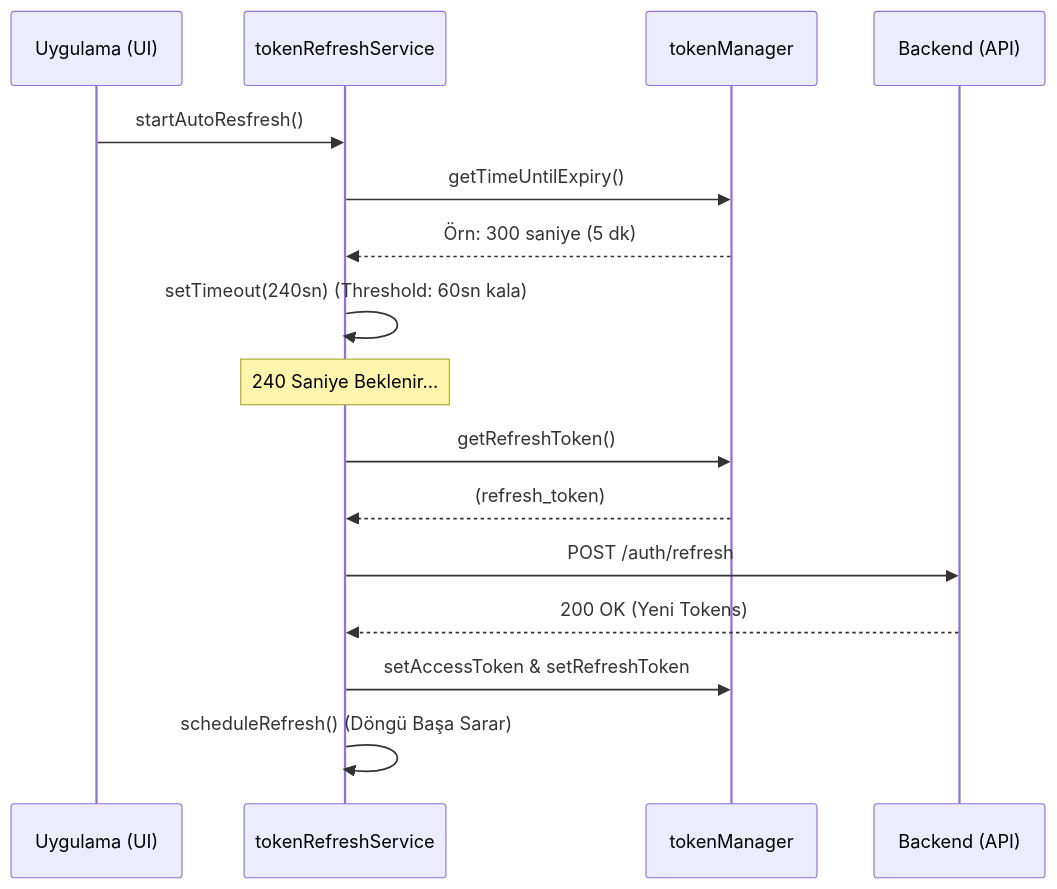
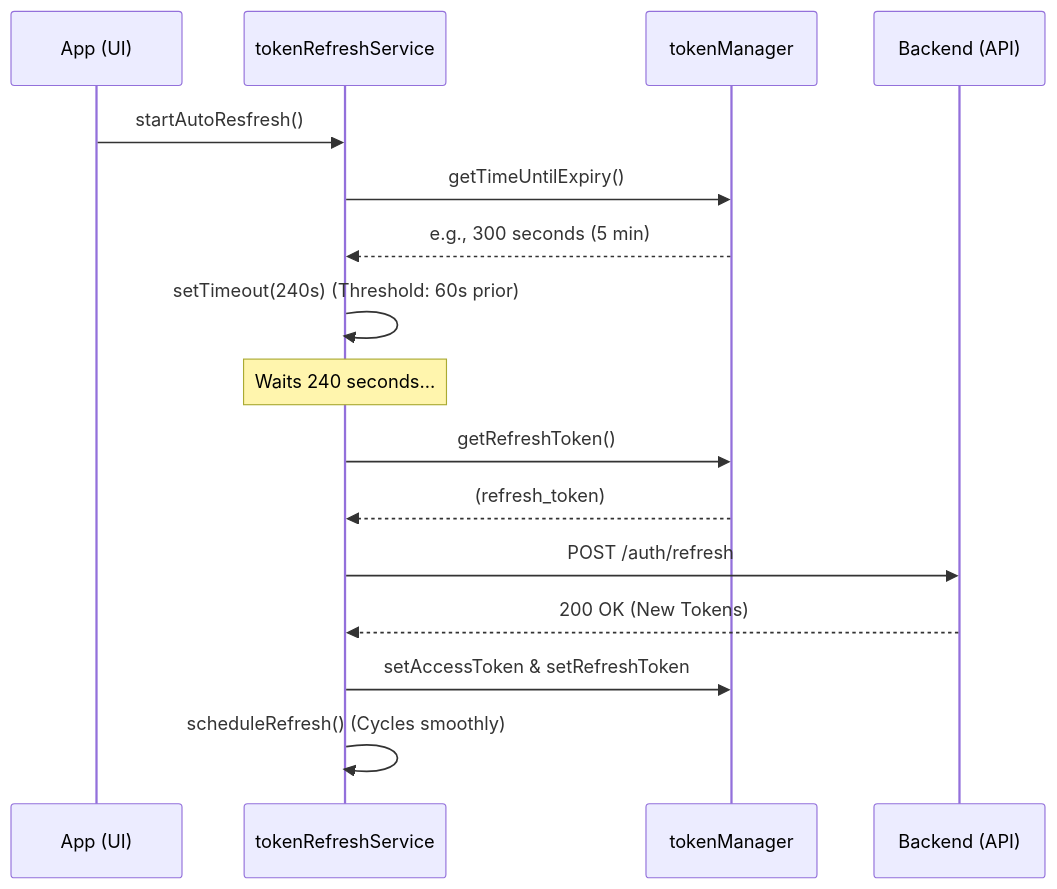
Before and after one commit to atakanotur/react-native-boilerplate: the first of 2 diagrams in README.md, drawn with Mermaid. The commit also changed other lines of this file and 26 other files, not shown here.

First line of the commit message:
Add full auth flow, screens & token handling

````diff
--- a/README.md
+++ b/README.md
@@ -99,21 +118,21 @@
 ```mermaid
 sequenceDiagram
-    participant App as Uygulama (UI)
+    participant App as App (UI)
     participant Timer as tokenRefreshService
     participant TokenMgr as tokenManager
     participant API as Backend (API)
 
     App->>Timer: startAutoResfresh()
     Timer->>TokenMgr: getTimeUntilExpiry()
-    TokenMgr-->>Timer: Örn: 300 saniye (5 dk)
-    Timer->>Timer: setTimeout(240sn) (Threshold: 60sn kala)
+    TokenMgr-->>Timer: e.g., 300 seconds (5 min)
+    Timer->>Timer: setTimeout(240s) (Threshold: 60s prior)
     
-    Note over Timer: 240 Saniye Beklenir...
+    Note over Timer: Waits 240 seconds...
     
     Timer->>TokenMgr: getRefreshToken()
     TokenMgr-->>Timer: (refresh_token)
     Timer->>API: POST /auth/refresh
-    API-->>Timer: 200 OK (Yeni Tokens)
+    API-->>Timer: 200 OK (New Tokens)
     Timer->>TokenMgr: setAccessToken & setRefreshToken
-    Timer->>Timer: scheduleRefresh() (Döngü Başa Sarar)
+    Timer->>Timer: scheduleRefresh() (Cycles smoothly)
 ```
````
